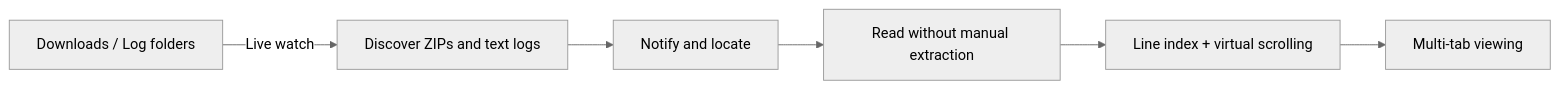
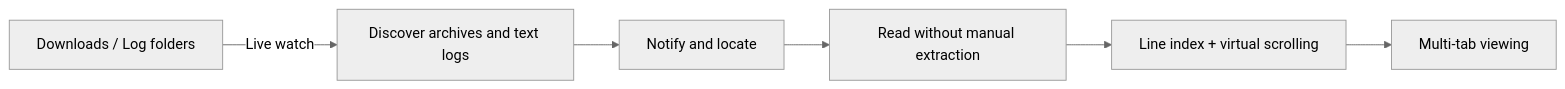
The diagram in README.md (Strive-Sun/LogCrate), drawn with Mermaid (neutral theme) before and after one commit. The commit also changed other lines of this file and 29 other files, not shown here.

````diff
--- a/README.md
+++ b/README.md
@@ -59,8 +59,8 @@
 ```mermaid
 flowchart LR
-    A[Downloads / Log folders] -->|Live watch| B[Discover ZIPs and text logs]
+    A[Downloads / Log folders] -->|Live watch| B[Discover archives and text logs]
     B --> C[Notify and locate]
     C --> D[Read without manual extraction]
     D --> E[Line index + virtual scrolling]
     E --> F[Multi-tab viewing]
 ```
````
